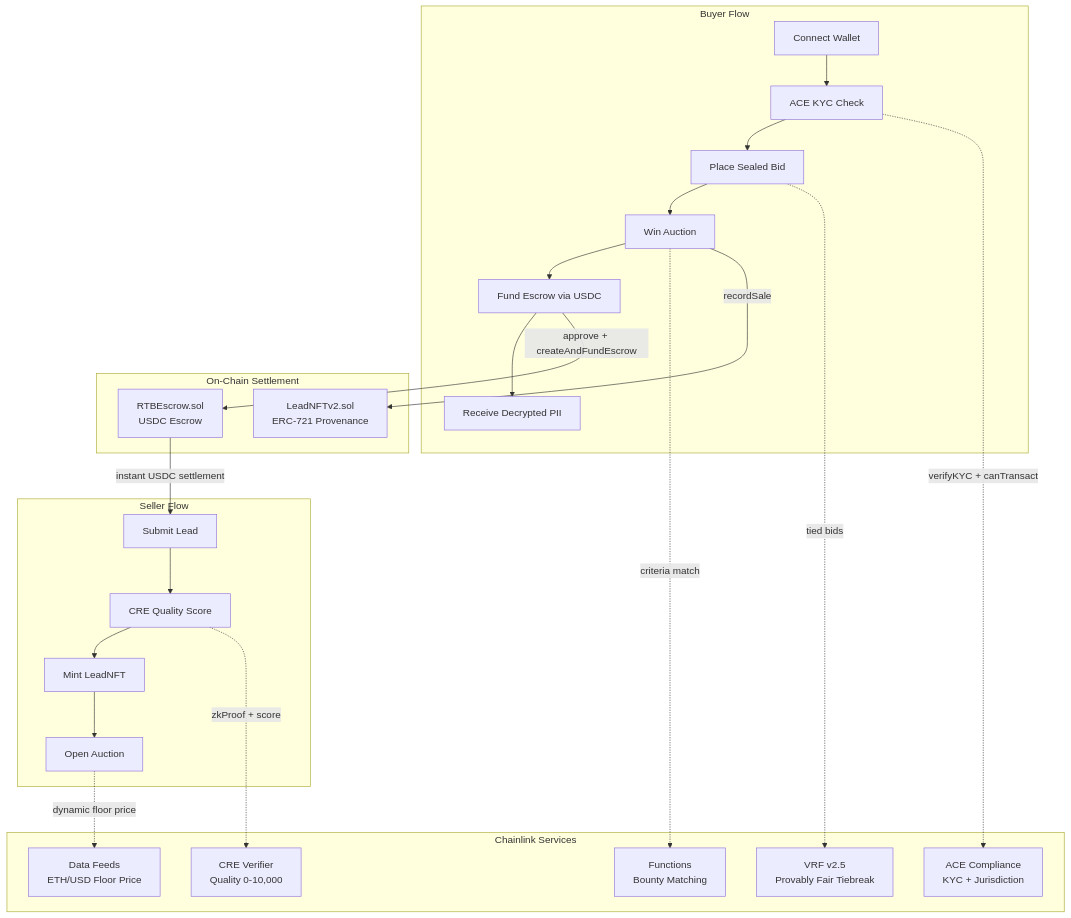
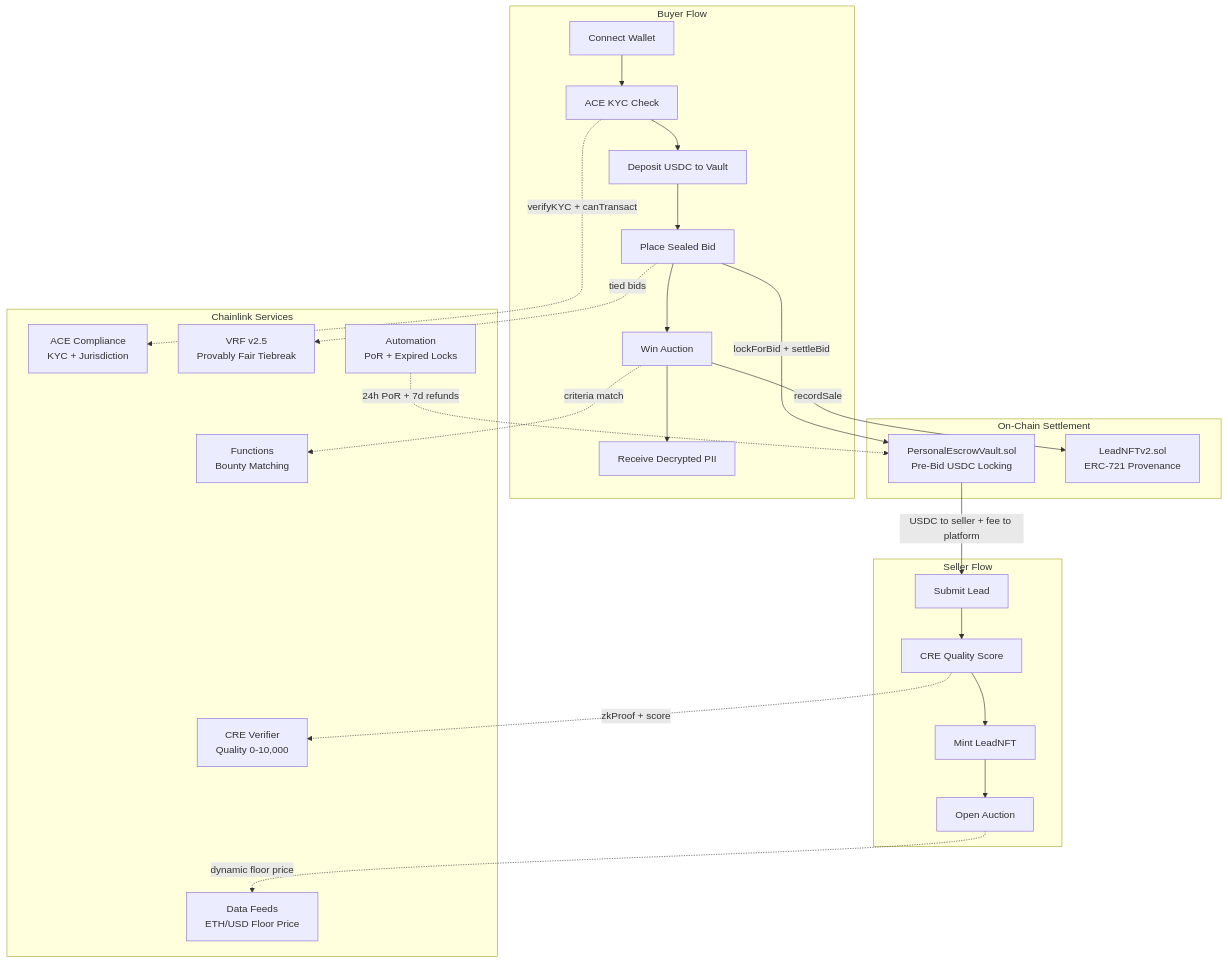
Before and after one commit to bnmbnmai/lead-engine-cre: the second of 2 diagrams in README.md, drawn with Mermaid. The commit also changed other lines of this file, not shown here.

First line of the commit message:
docs: README refresh  vault, PoR, Automation, updated diagrams + tables

````diff
--- a/README.md
+++ b/README.md
@@ -115,38 +128,40 @@
 ```mermaid
 flowchart TB
     subgraph Seller["Seller Flow"]
         S1["Submit Lead"] --> S2["CRE Quality Score"]
         S2 --> S3["Mint LeadNFT"]
         S3 --> S4["Open Auction"]
     end
 
     subgraph Chainlink["Chainlink Services"]
         CRE["CRE Verifier<br/>Quality 0-10,000"]
         ACE["ACE Compliance<br/>KYC + Jurisdiction"]
         DF["Data Feeds<br/>ETH/USD Floor Price"]
         VRF["VRF v2.5<br/>Provably Fair Tiebreak"]
         FN["Functions<br/>Bounty Matching"]
+        AUT["Automation<br/>PoR + Expired Locks"]
     end
 
     subgraph Buyer["Buyer Flow"]
         B1["Connect Wallet"] --> B2["ACE KYC Check"]
-        B2 --> B3["Place Sealed Bid"]
-        B3 --> B4["Win Auction"]
-        B4 --> B5["Fund Escrow via USDC"]
+        B2 --> B3["Deposit USDC to Vault"]
+        B3 --> B4["Place Sealed Bid"]
+        B4 --> B5["Win Auction"]
         B5 --> B6["Receive Decrypted PII"]
     end
 
     subgraph Settlement["On-Chain Settlement"]
-        ESC["RTBEscrow.sol<br/>USDC Escrow"]
+        VAULT["PersonalEscrowVault.sol<br/>Pre-Bid USDC Locking"]
         NFT["LeadNFTv2.sol<br/>ERC-721 Provenance"]
     end
 
     S2 -.->|"zkProof + score"| CRE
     B2 -.->|"verifyKYC + canTransact"| ACE
     S4 -.->|"dynamic floor price"| DF
-    B3 -.->|"tied bids"| VRF
-    B4 -.->|"criteria match"| FN
-    B5 -->|"approve + createAndFundEscrow"| ESC
-    ESC -->|"instant USDC settlement"| S1
-    B4 -->|"recordSale"| NFT
+    B4 -.->|"tied bids"| VRF
+    B5 -.->|"criteria match"| FN
+    B4 -->|"lockForBid + settleBid"| VAULT
+    VAULT -->|"USDC to seller + fee to platform"| S1
+    B5 -->|"recordSale"| NFT
+    AUT -.->|"24h PoR + 7d refunds"| VAULT
 ```
````
